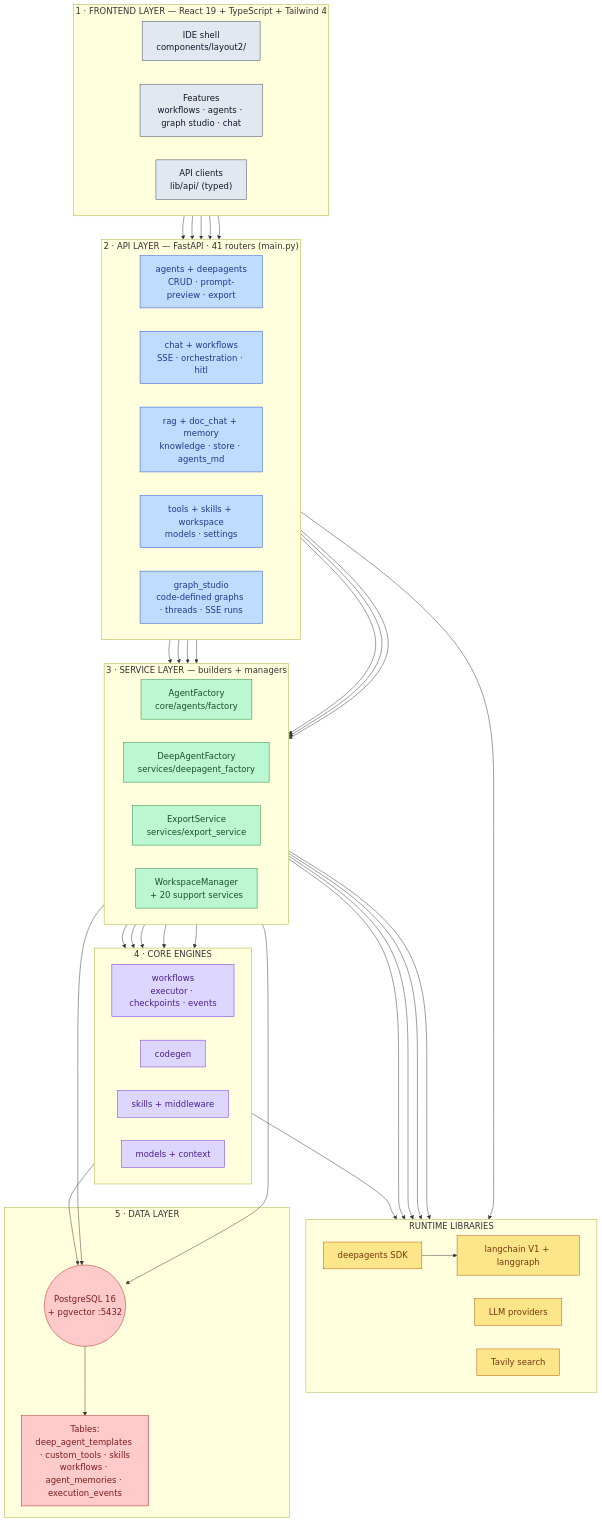
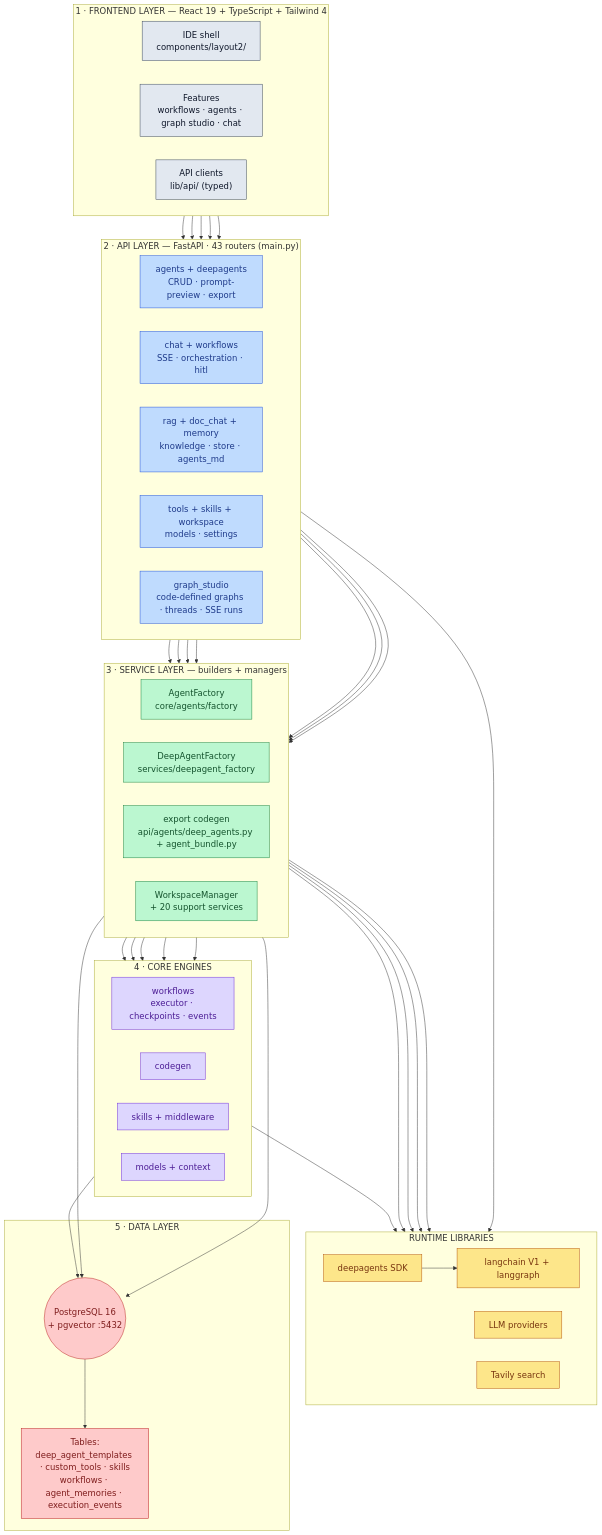
Before and after one commit to sailor723/langconfig: the third of 15 diagrams in docs/system-architecture.md, drawn with Mermaid. The commit also changed other lines of this file and 3 other files, not shown here.

First line of the commit message:
docs: sync agent instructions + architecture doc with reality; record Phase 4 fix pass

```diff
--- a/docs/system-architecture.md
+++ b/docs/system-architecture.md
@@ -562,7 +562,7 @@
         A3["API clients<br/>lib/api/ (typed)"]
     end
 
-    subgraph API["2 · API LAYER — FastAPI · 41 routers (main.py)"]
+    subgraph API["2 · API LAYER — FastAPI · 43 routers (main.py)"]
         direction LR
         R1["agents + deepagents<br/>CRUD · prompt-preview · export"]
         R2["chat + workflows<br/>SSE · orchestration · hitl"]
@@ -575,7 +575,7 @@
         direction LR
         F1["AgentFactory<br/>core/agents/factory"]
         F2["DeepAgentFactory<br/>services/deepagent_factory"]
-        E1["ExportService<br/>services/export_service"]
+        E1["export codegen<br/>api/agents/deep_agents.py + agent_bundle.py"]
         W1["WorkspaceManager<br/>+ 20 support services"]
     end
 
```
